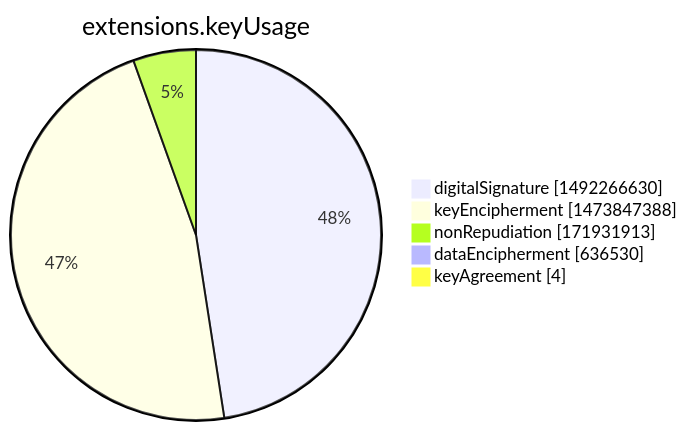
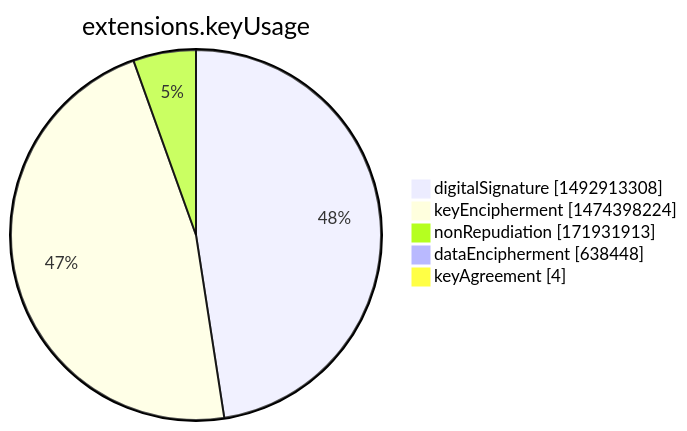
The seventh of 15 diagrams in argon2022/README.md (christiankrug/ctmonitor_visualization), drawn with Mermaid before and after one commit. The commit also changed other lines of this file, not shown here.

````diff
--- a/argon2022/README.md
+++ b/argon2022/README.md
@@ -2751,9 +2751,9 @@
 ```mermaid
 pie showData
 title extensions.keyUsage
-"digitalSignature" :1492266630
-"keyEncipherment" :1473847388
+"digitalSignature" :1492913308
+"keyEncipherment" :1474398224
 "nonRepudiation" :171931913
-"dataEncipherment" :636530
+"dataEncipherment" :638448
 "keyAgreement" :4
 ```
````
